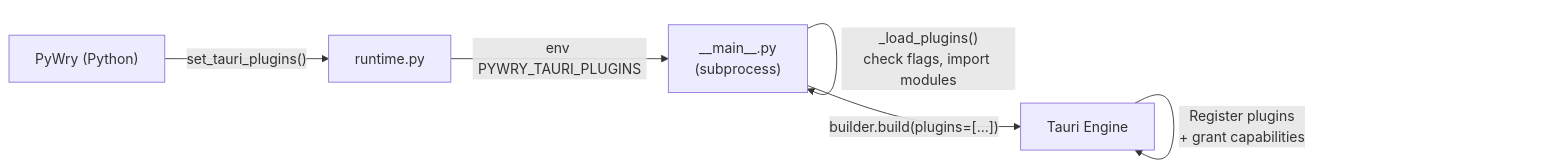
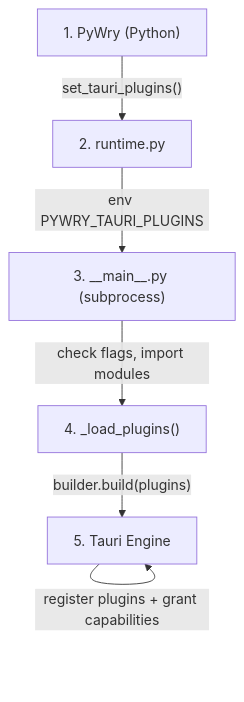
One commit to deeleeramone/PyWry changed the diagram in pywry/docs/docs/guides/tauri-plugins.md. Above: the diagram before and after it, drawn with Mermaid.

Commit message:
plugins diagram

````diff
--- a/pywry/docs/docs/guides/tauri-plugins.md
+++ b/pywry/docs/docs/guides/tauri-plugins.md
@@ -7,8 +7,14 @@
 ```mermaid
-flowchart LR
-    A["PyWry (Python)"] -->|"set_tauri_plugins()"| B["runtime.py"]
-    B -->|"env PYWRY_TAURI_PLUGINS"| C["__main__.py\n(subprocess)"]
-    C -->|"_load_plugins()\ncheck flags, import modules"| C
-    C -->|"builder.build(plugins=[…])"| D["Tauri Engine"]
-    D -->|"Register plugins\n+ grant capabilities"| D
+flowchart TD
+    A["1. PyWry (Python)"]
+    B["2. runtime.py"]
+    C["3. __main__.py (subprocess)"]
+    D["4. _load_plugins()"]
+    E["5. Tauri Engine"]
+
+    A -- "set_tauri_plugins()" --> B
+    B -- "env PYWRY_TAURI_PLUGINS" --> C
+    C -- "check flags, import modules" --> D
+    D -- "builder.build(plugins)" --> E
+    E -- "register plugins + grant capabilities" --> E
 ```
````
